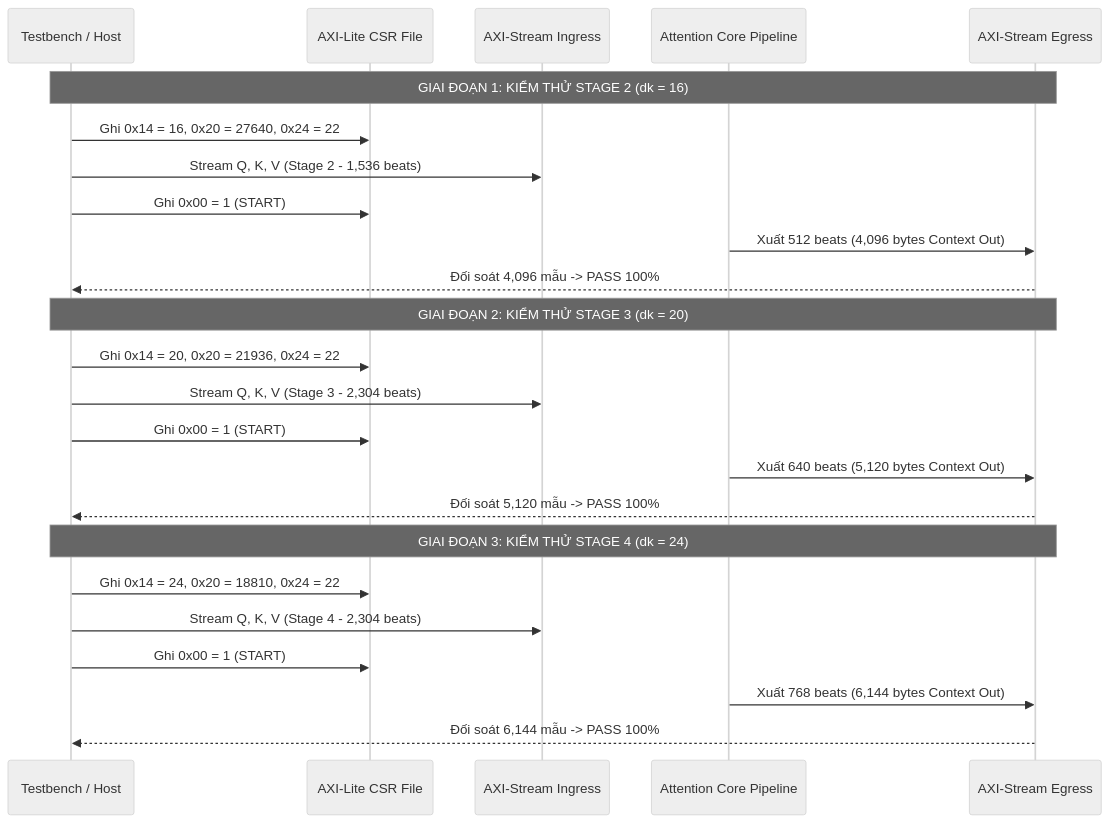
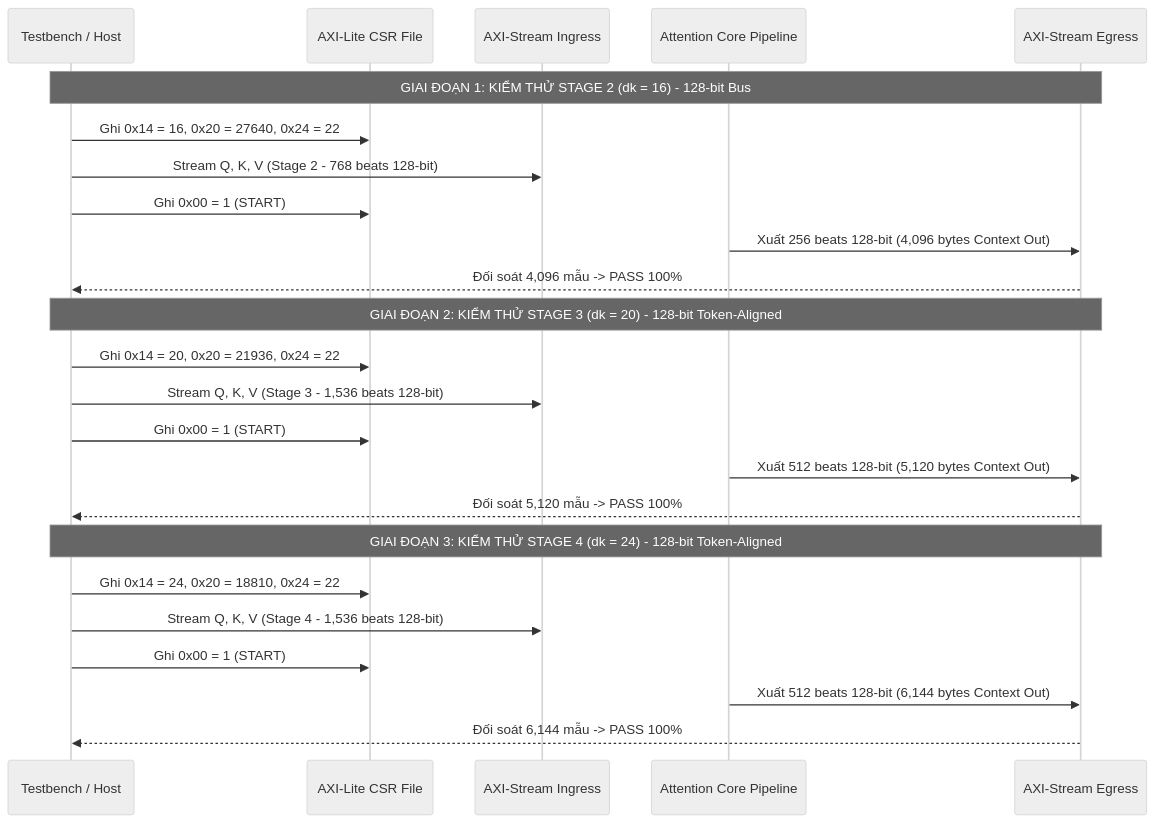
Before and after one commit to Planterian/Capstone_project: the diagram in Notes_ver02/mo_rong_xac_minh_3_stages.md, drawn with Mermaid (neutral theme). The commit also changed 220 other files, not shown here.

````diff
--- a/Notes_ver02/mo_rong_xac_minh_3_stages.md
+++ b/Notes_ver02/mo_rong_xac_minh_3_stages.md
@@ -76,29 +76,29 @@
 ```mermaid
 sequenceDiagram
     participant TB as Testbench / Host
     participant CSR as AXI-Lite CSR File
     participant ING as AXI-Stream Ingress
     participant CORE as Attention Core Pipeline
     participant EGR as AXI-Stream Egress
 
-    Note over TB,EGR: GIAI ĐOẠN 1: KIỂM THỬ STAGE 2 (dk = 16)
+    Note over TB,EGR: GIAI ĐOẠN 1: KIỂM THỬ STAGE 2 (dk = 16) - 128-bit Bus
     TB->>CSR: Ghi 0x14 = 16, 0x20 = 27640, 0x24 = 22
-    TB->>ING: Stream Q, K, V (Stage 2 - 1,536 beats)
+    TB->>ING: Stream Q, K, V (Stage 2 - 768 beats 128-bit)
     TB->>CSR: Ghi 0x00 = 1 (START)
-    CORE->>EGR: Xuất 512 beats (4,096 bytes Context Out)
+    CORE->>EGR: Xuất 256 beats 128-bit (4,096 bytes Context Out)
     EGR-->>TB: Đối soát 4,096 mẫu -> PASS 100%
 
-    Note over TB,EGR: GIAI ĐOẠN 2: KIỂM THỬ STAGE 3 (dk = 20)
+    Note over TB,EGR: GIAI ĐOẠN 2: KIỂM THỬ STAGE 3 (dk = 20) - 128-bit Token-Aligned
     TB->>CSR: Ghi 0x14 = 20, 0x20 = 21936, 0x24 = 22
-    TB->>ING: Stream Q, K, V (Stage 3 - 2,304 beats)
+    TB->>ING: Stream Q, K, V (Stage 3 - 1,536 beats 128-bit)
     TB->>CSR: Ghi 0x00 = 1 (START)
-    CORE->>EGR: Xuất 640 beats (5,120 bytes Context Out)
+    CORE->>EGR: Xuất 512 beats 128-bit (5,120 bytes Context Out)
     EGR-->>TB: Đối soát 5,120 mẫu -> PASS 100%
 
-    Note over TB,EGR: GIAI ĐOẠN 3: KIỂM THỬ STAGE 4 (dk = 24)
+    Note over TB,EGR: GIAI ĐOẠN 3: KIỂM THỬ STAGE 4 (dk = 24) - 128-bit Token-Aligned
     TB->>CSR: Ghi 0x14 = 24, 0x20 = 18810, 0x24 = 22
-    TB->>ING: Stream Q, K, V (Stage 4 - 2,304 beats)
+    TB->>ING: Stream Q, K, V (Stage 4 - 1,536 beats 128-bit)
     TB->>CSR: Ghi 0x00 = 1 (START)
-    CORE->>EGR: Xuất 768 beats (6,144 bytes Context Out)
+    CORE->>EGR: Xuất 512 beats 128-bit (6,144 bytes Context Out)
     EGR-->>TB: Đối soát 6,144 mẫu -> PASS 100%
 ```
````
